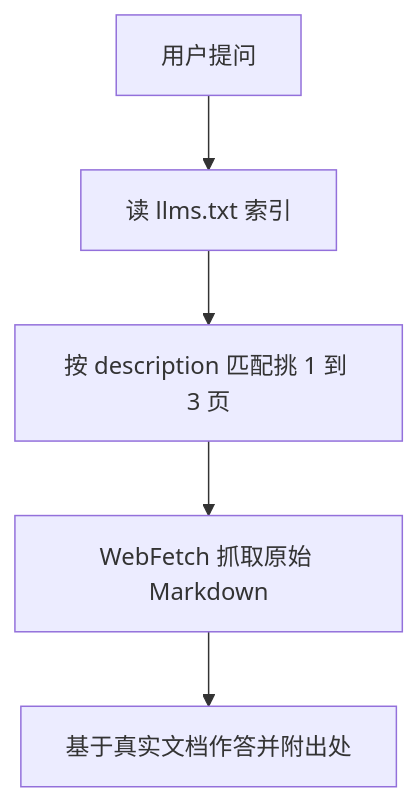
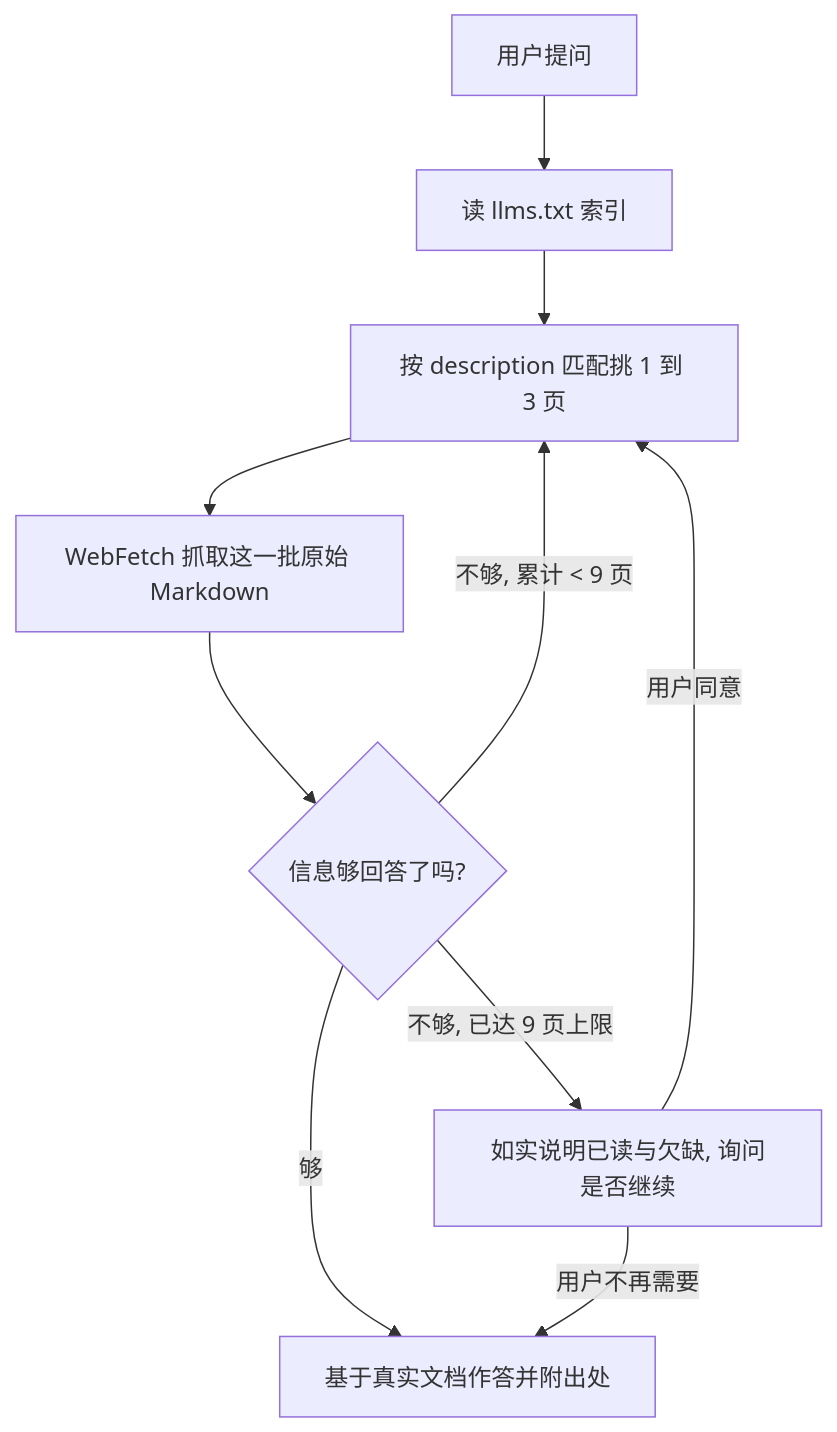
Before and after one commit to YingqiangYuan/Build_Agent_Docs: the diagram in .claude/skills/claude-code-docs/README-cn.md, drawn with Mermaid. The commit also changed other lines of this file and 3 other files, not shown here.

````diff
--- a/.claude/skills/claude-code-docs/README-cn.md
+++ b/.claude/skills/claude-code-docs/README-cn.md
@@ -51,7 +53,12 @@
 ```mermaid
 flowchart TD
     A[用户提问] --> B[读 llms.txt 索引]
     B --> C[按 description 匹配挑 1 到 3 页]
-    C --> D[WebFetch 抓取原始 Markdown]
-    D --> E[基于真实文档作答并附出处]
+    C --> D[WebFetch 抓取这一批原始 Markdown]
+    D --> E{信息够回答了吗?}
+    E -->|够| F[基于真实文档作答并附出处]
+    E -->|不够, 累计 < 9 页| C
+    E -->|不够, 已达 9 页上限| G[如实说明已读与欠缺, 询问是否继续]
+    G -->|用户同意| C
+    G -->|用户不再需要| F
 ```
````
